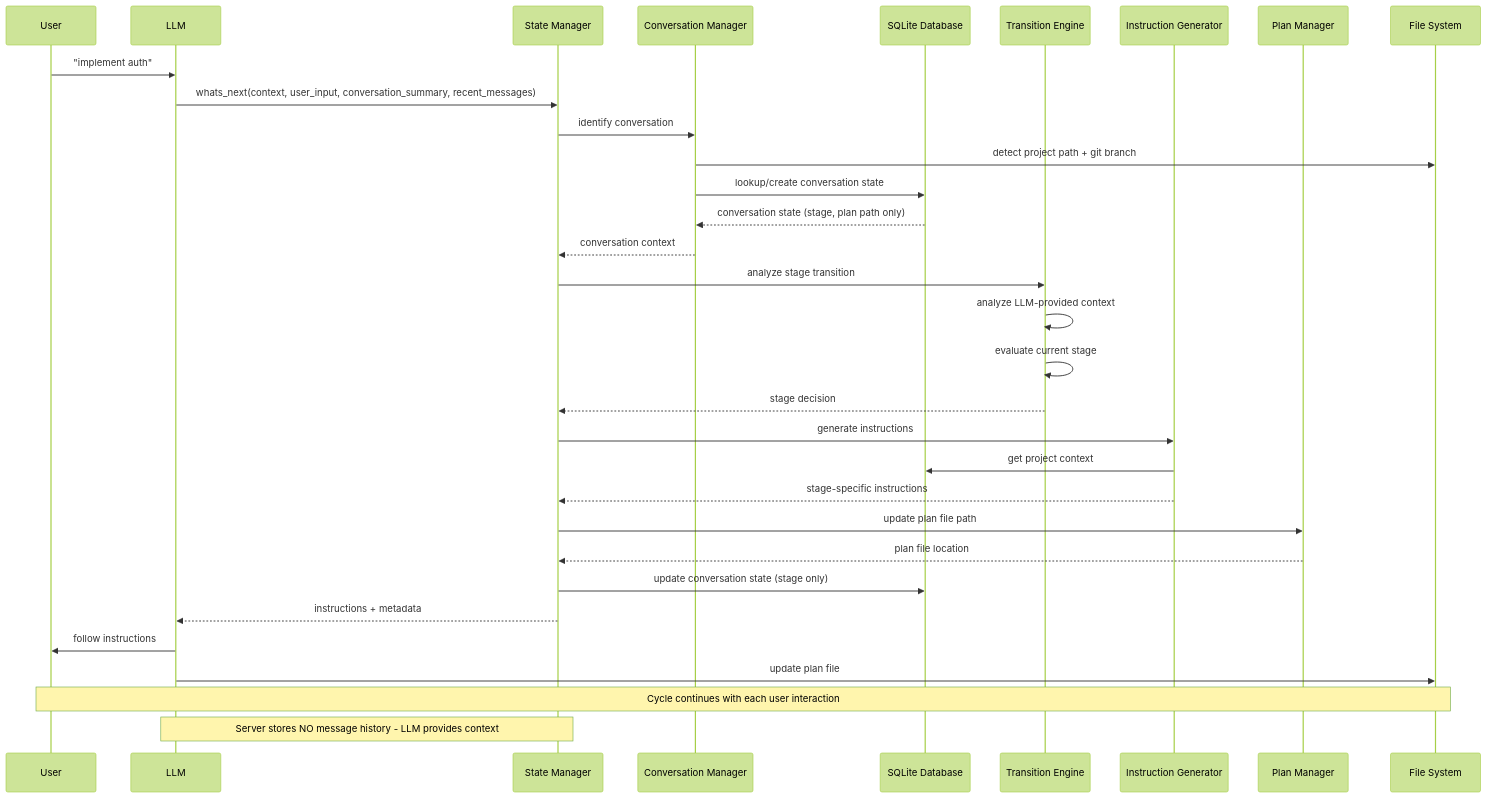
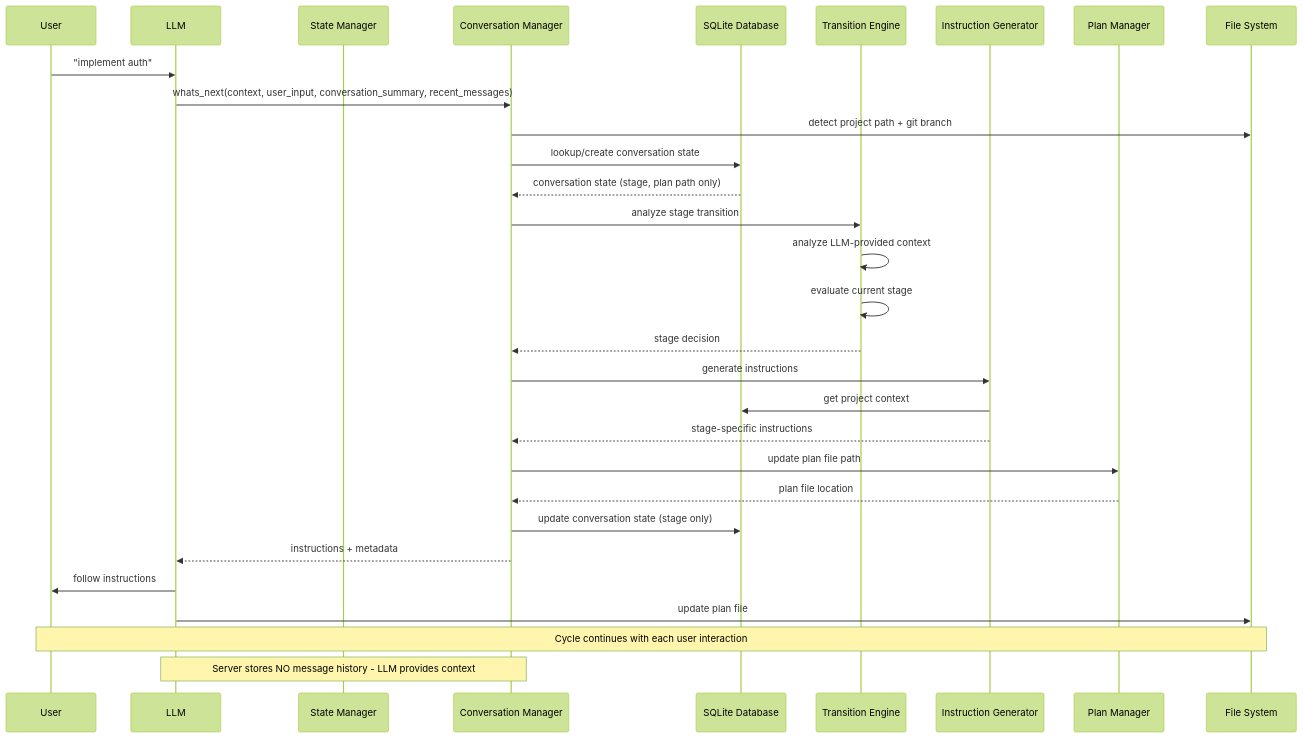
Before and after one commit to yovannyr/responsible-vibe-mcp: the second of 4 diagrams in README.md, drawn with Mermaid (forest theme). The commit also changed other lines of this file, not shown here.

````diff
--- a/README.md
+++ b/README.md
@@ -183,41 +172,39 @@
 ```mermaid
 sequenceDiagram
     participant User as User
     participant LLM as LLM
     participant SM as State Manager
     participant CM as Conversation Manager
     participant DB as SQLite Database
     participant TM as Transition Engine
     participant IM as Instruction Generator
     participant PM as Plan Manager
     participant FS as File System
     
     User->>LLM: "implement auth"
-    LLM->>SM: whats_next(context, user_input, conversation_summary, recent_messages)
-    SM->>CM: identify conversation
+    LLM->>CM: whats_next(context, user_input, conversation_summary, recent_messages)
     CM->>FS: detect project path + git branch
     CM->>DB: lookup/create conversation state
     DB-->>CM: conversation state (stage, plan path only)
-    CM-->>SM: conversation context
     
-    SM->>TM: analyze stage transition
+    CM->>TM: analyze stage transition
     TM->>TM: analyze LLM-provided context
     TM->>TM: evaluate current stage
-    TM-->>SM: stage decision
+    TM-->>CM: stage decision
     
-    SM->>IM: generate instructions
+    CM->>IM: generate instructions
     IM->>DB: get project context
-    IM-->>SM: stage-specific instructions
+    IM-->>CM: stage-specific instructions
     
-    SM->>PM: update plan file path
-    PM-->>SM: plan file location
+    CM->>PM: update plan file path
+    PM-->>CM: plan file location
     
-    SM->>DB: update conversation state (stage only)
-    SM-->>LLM: instructions + metadata
+    CM->>DB: update conversation state (stage only)
+    CM-->>LLM: instructions + metadata
     
     LLM->>User: follow instructions
     LLM->>FS: update plan file
     
     Note over User,FS: Cycle continues with each user interaction
-    Note over LLM,SM: Server stores NO message history - LLM provides context
+    Note over LLM,CM: Server stores NO message history - LLM provides context
 ```
````
